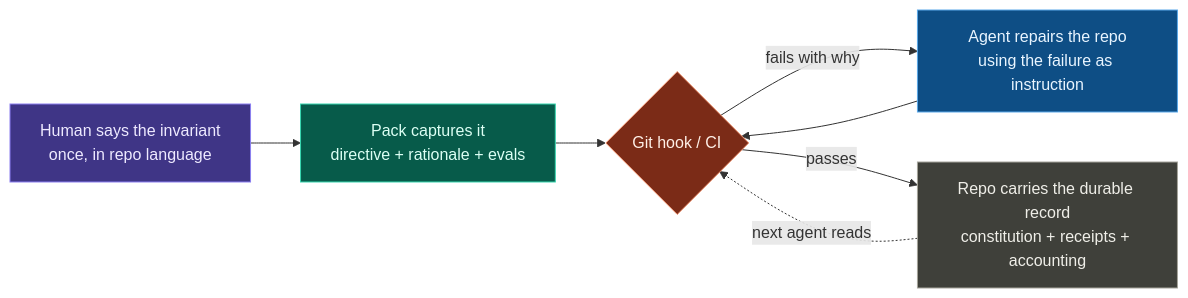
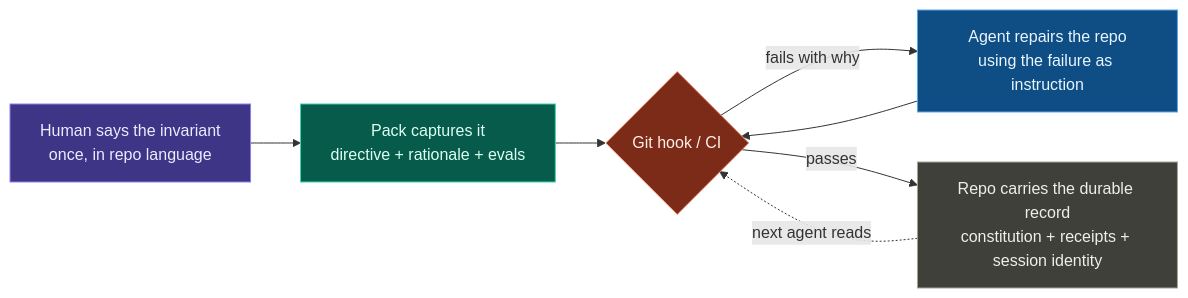
The diagram in README.md (Duaility/governance-kit), drawn with Mermaid before and after one commit. The commit also changed other lines of this file and 93 other files, not shown here.

First line of the commit message:
feat(audit): replace transcript accounting with session identity (#365)

````diff
--- a/README.md
+++ b/README.md
@@ -62,25 +62,25 @@
 ```mermaid
 flowchart LR
     H["Human says the invariant<br/>once, in repo language"]
     P["Pack captures it<br/>directive + rationale + evals"]
     G{"Git hook / CI"}
     A["Agent repairs the repo<br/>using the failure as instruction"]
-    R["Repo carries the durable record<br/>constitution + receipts + accounting"]
+    R["Repo carries the durable record<br/>constitution + receipts + session identity"]
 
     H --> P --> G
     G -- "fails with why" --> A
     A --> G
     G -- "passes" --> R
     R -.->|"next agent reads"| G
 
     classDef human fill:#3f3586,stroke:#8b7ff0,color:#eeeaff
     classDef directive fill:#075b4a,stroke:#36d6af,color:#dcfff4
     classDef gate fill:#7b2b17,stroke:#ef9673,color:#fff0e8
     classDef agent fill:#0e4e85,stroke:#5aa8e9,color:#e9f5ff
     classDef record fill:#3f403a,stroke:#a5a49b,color:#efeee8
     class H human
     class P directive
     class G gate
     class A agent
     class R record
 ```
````
